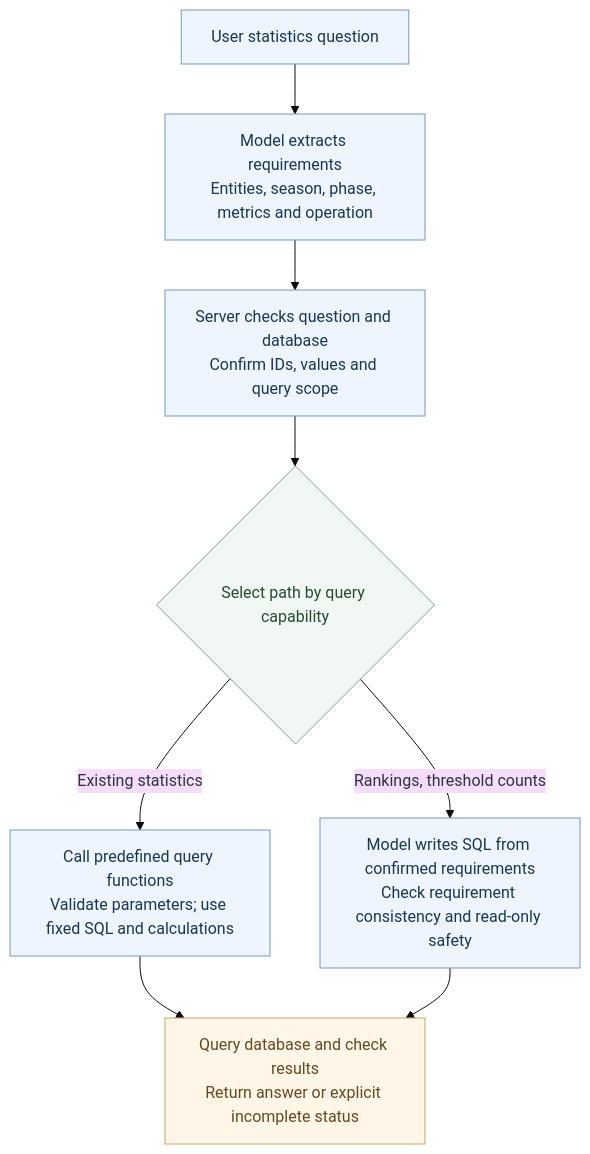
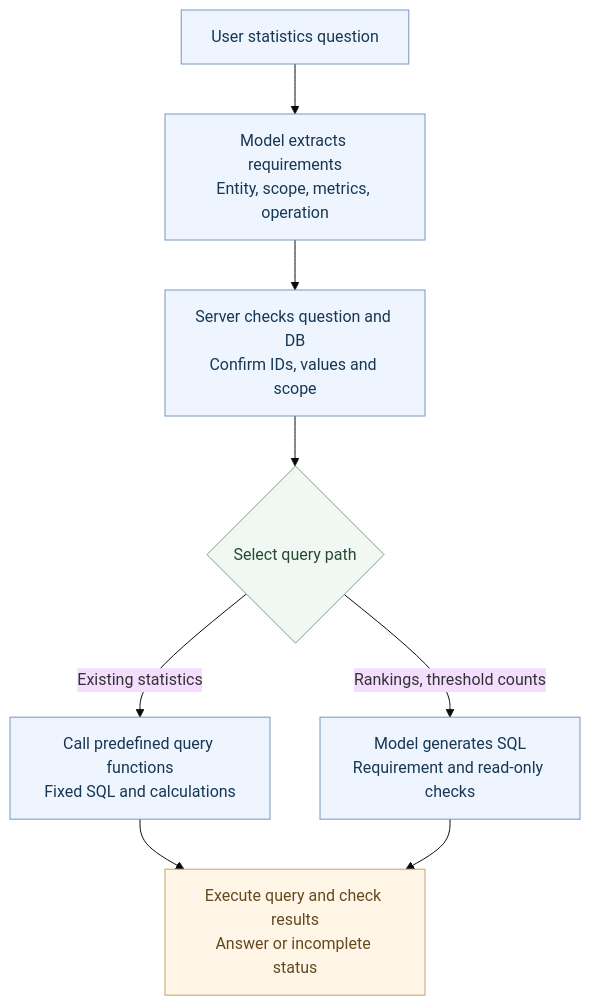
The third of 3 diagrams in README.en.md (yangxiaolin9527/nba-analytics-agent), drawn with Mermaid (base theme) before and after one commit. The commit also changed 1 other file, not shown here.

Commit message:
docs: keep query route diagram labels compact

````diff
--- a/README.en.md
+++ b/README.en.md
@@ -222,17 +222,17 @@
 ```mermaid
 flowchart TB
-  Q["User statistics question"] --> M["Model extracts requirements<br/>Entities, season, phase, metrics and operation"]
-  M --> G["Server checks question and database<br/>Confirm IDs, values and query scope"]
-  G --> D{"Select path by query capability"}
-  D -->|Existing statistics| T["Call predefined query functions<br/>Validate parameters; use fixed SQL and calculations"]
-  D -->|Rankings, threshold counts| S["Model writes SQL from confirmed requirements<br/>Check requirement consistency and read-only safety"]
-  T --> R["Query database and check results<br/>Return answer or explicit incomplete status"]
+  Q["User statistics question"] --> M["Model extracts requirements<br/>Entity, scope, metrics, operation"]
+  M --> G["Server checks question and DB<br/>Confirm IDs, values and scope"]
+  G --> D{"Select query path"}
+  D -->|Existing statistics| T["Call predefined query functions<br/>Fixed SQL and calculations"]
+  D -->|Rankings, threshold counts| S["Model generates SQL<br/>Requirement and read-only checks"]
+  T --> R["Execute query and check results<br/>Answer or incomplete status"]
   S --> R
 
   classDef service fill:#eef5ff,stroke:#7698bf,color:#173753
   classDef store fill:#f1f7f3,stroke:#7d9e88,color:#254b32
   classDef result fill:#fff6e8,stroke:#c5a16c,color:#64491d
   class Q,M,G,T,S service
   class D store
   class R result
 ```
````
